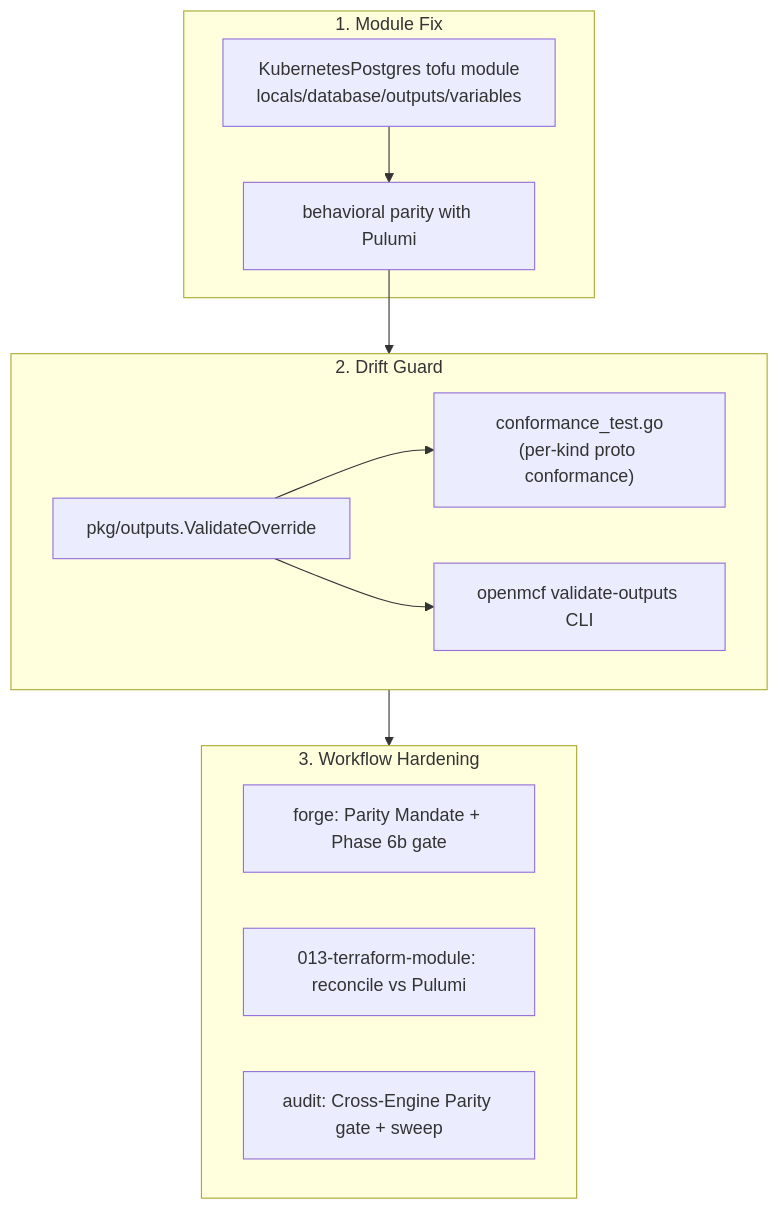
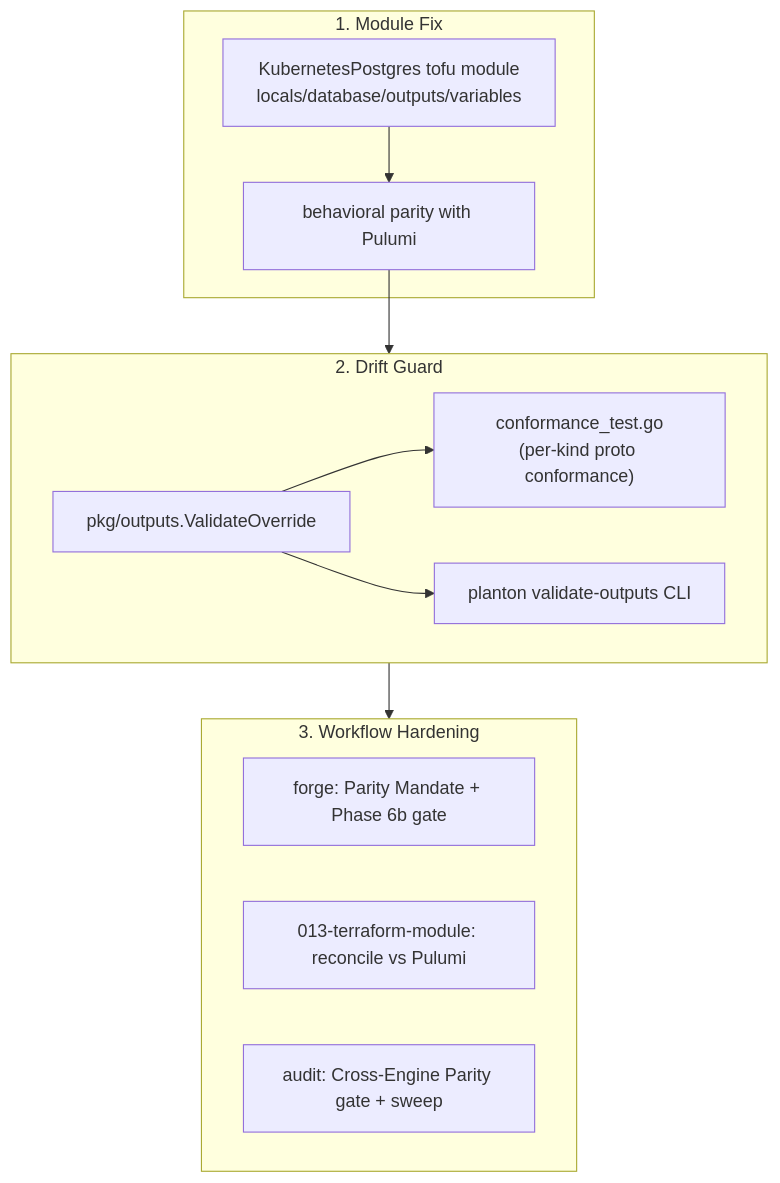
Before and after one commit to plantonhq/planton: the first of 2 diagrams in _changelog/2026-06/2026-06-04-153807-iac-tofu-pulumi-parity-postgres-fix-and-drift-detection.md, drawn with Mermaid. The commit also changed other lines of this file and 26098 other files, not shown here.

First line of the commit message:
refactor(repo): rebrand OpenMCF to Planton (module, protos, CLI, domain) (#449)

````diff
--- a/_changelog/2026-06/2026-06-04-153807-iac-tofu-pulumi-parity-postgres-fix-and-drift-detection.md
+++ b/_changelog/2026-06/2026-06-04-153807-iac-tofu-pulumi-parity-postgres-fix-and-drift-detection.md
@@ -56,17 +56,17 @@
 ```mermaid
 flowchart TB
     subgraph fix [1. Module Fix]
       A["KubernetesPostgres tofu module<br/>locals/database/outputs/variables"] --> B["behavioral parity with Pulumi"]
     end
     subgraph guard [2. Drift Guard]
       C["pkg/outputs.ValidateOverride"] --> D["conformance_test.go<br/>(per-kind proto conformance)"]
-      C --> E["openmcf validate-outputs CLI"]
+      C --> E["planton validate-outputs CLI"]
     end
     subgraph rules [3. Workflow Hardening]
       F["forge: Parity Mandate + Phase 6b gate"]
       G["013-terraform-module: reconcile vs Pulumi"]
       H["audit: Cross-Engine Parity gate + sweep"]
     end
     B --> guard
     guard --> rules
 ```
````
